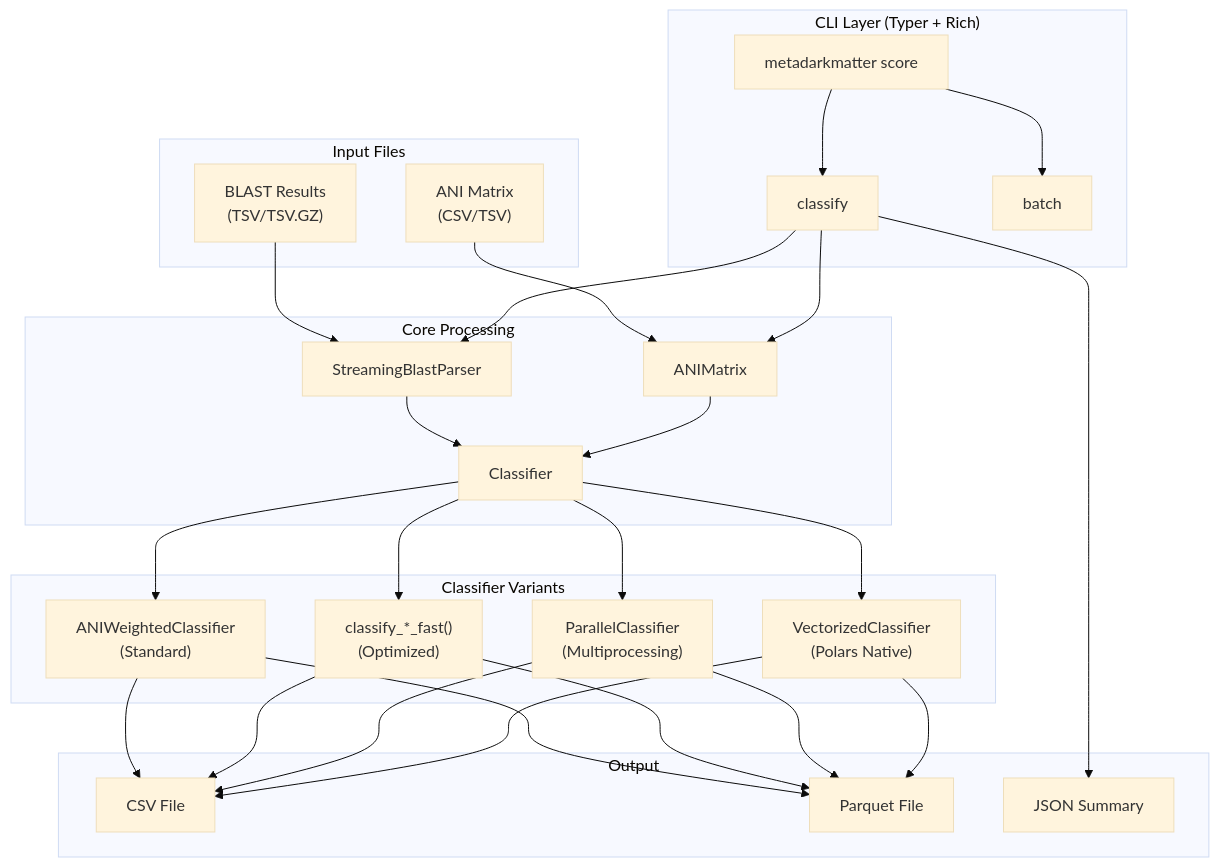
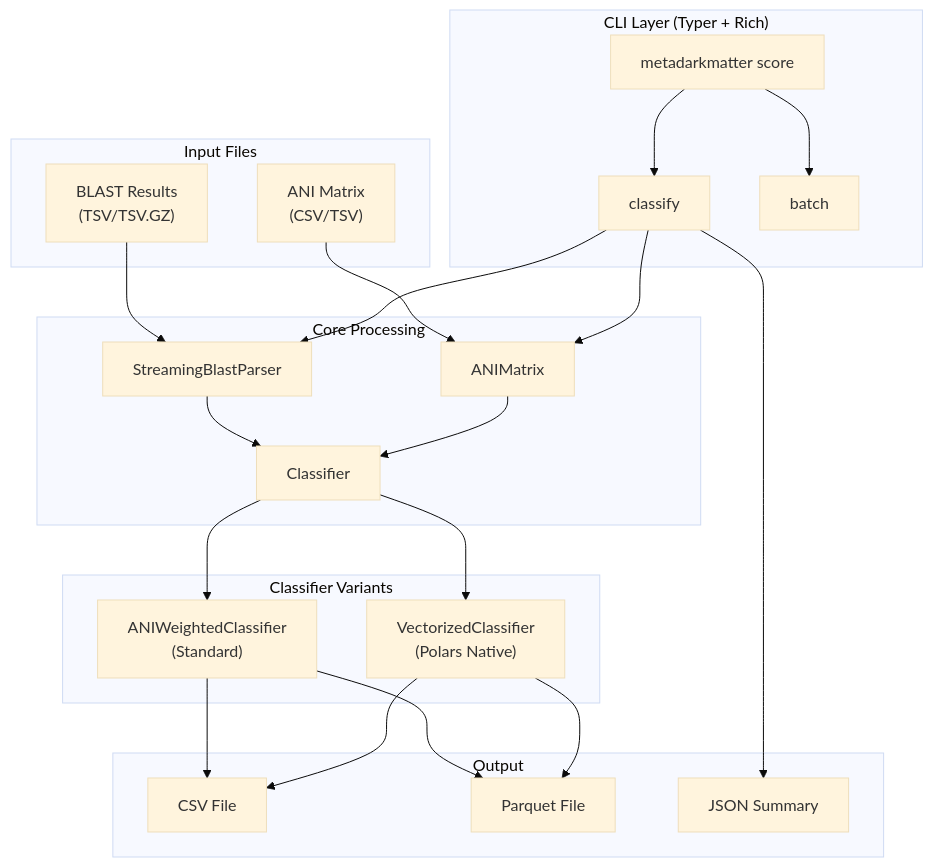
One commit to FOI-Bioinformatics/metadarkmatter changed the first of 21 diagrams in docs/ARCHITECTURE.md. Above: the diagram before and after it, drawn with Mermaid (base theme). The commit also changed other lines of this file and 19 other files, not shown here.

````diff
--- a/docs/ARCHITECTURE.md
+++ b/docs/ARCHITECTURE.md
@@ -7,61 +7,53 @@
 ```mermaid
 flowchart TB
     subgraph Inputs["Input Files"]
         BLAST["BLAST Results<br/>(TSV/TSV.GZ)"]
         ANI["ANI Matrix<br/>(CSV/TSV)"]
     end
 
     subgraph CLI["CLI Layer (Typer + Rich)"]
         CMD["metadarkmatter score"]
         CLASSIFY["classify"]
         BATCH["batch"]
     end
 
     subgraph Core["Core Processing"]
         PARSER["StreamingBlastParser"]
         ANIMAT["ANIMatrix"]
         CLASS["Classifier"]
     end
 
     subgraph Classifiers["Classifier Variants"]
         STD["ANIWeightedClassifier<br/>(Standard)"]
-        FAST["classify_*_fast()<br/>(Optimized)"]
-        PAR["ParallelClassifier<br/>(Multiprocessing)"]
         VEC["VectorizedClassifier<br/>(Polars Native)"]
     end
 
     subgraph Output["Output"]
         CSV["CSV File"]
         PARQUET["Parquet File"]
         SUMMARY["JSON Summary"]
     end
 
     BLAST --> PARSER
     ANI --> ANIMAT
 
     CMD --> CLASSIFY
     CMD --> BATCH
 
     CLASSIFY --> PARSER
     CLASSIFY --> ANIMAT
 
     PARSER --> CLASS
     ANIMAT --> CLASS
 
     CLASS --> STD
-    CLASS --> FAST
-    CLASS --> PAR
     CLASS --> VEC
 
     STD --> CSV
-    FAST --> CSV
-    PAR --> CSV
     VEC --> CSV
 
     STD --> PARQUET
-    FAST --> PARQUET
-    PAR --> PARQUET
     VEC --> PARQUET
 
     CLASSIFY --> SUMMARY
 ```
````
